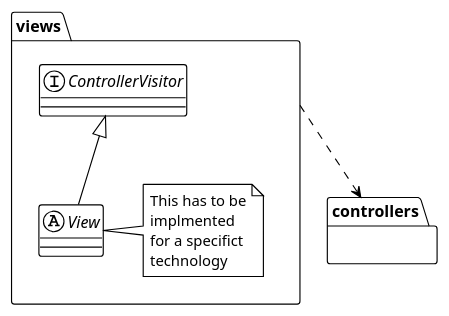
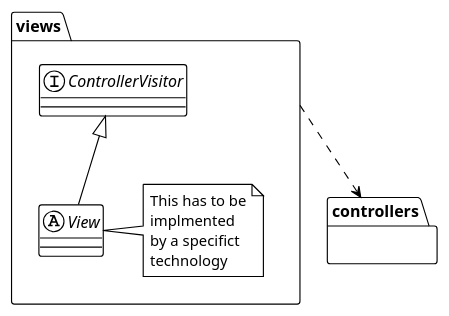
The diagram in docs/core/architecture-views-analysis/architecture-views-analysis.plantuml (PacoMorando/multiplatform-master-mind), drawn with PlantUML before and after one commit. The commit also changed 9 other files, not shown here.

```diff
--- a/docs/core/architecture-views-analysis/architecture-views-analysis.plantuml
+++ b/docs/core/architecture-views-analysis/architecture-views-analysis.plantuml
@@ -1,17 +1,17 @@
 @startuml analysis-views-core
 !theme plain
 
 package views{
     interface ControllerVisitor
     abstract View
     View -up-|> ControllerVisitor
-    note right of View :This has to be\nimplmented\nfor a specifict\ntechnology
+    note right of View :This has to be\nimplmented\nby a specifict\ntechnology
 }
 
 views .down.> controllers
 
 package controllers {
 }
 
 
 @enduml
```
